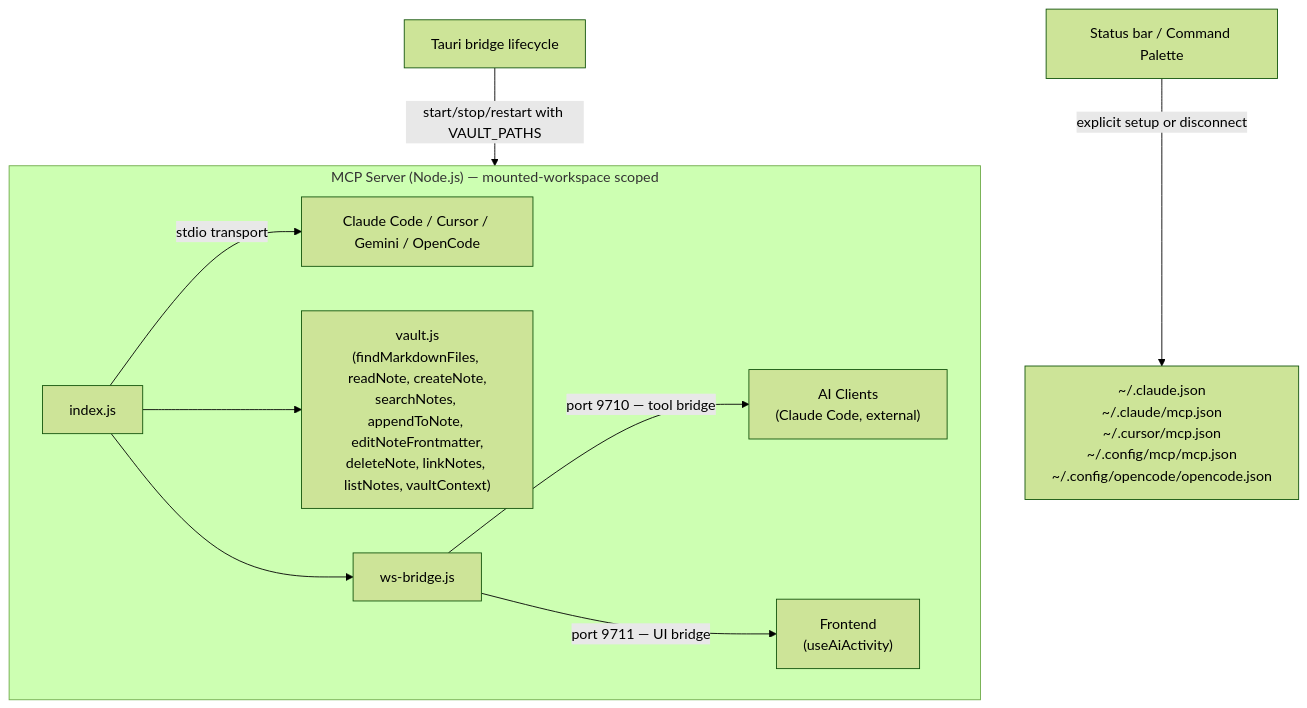
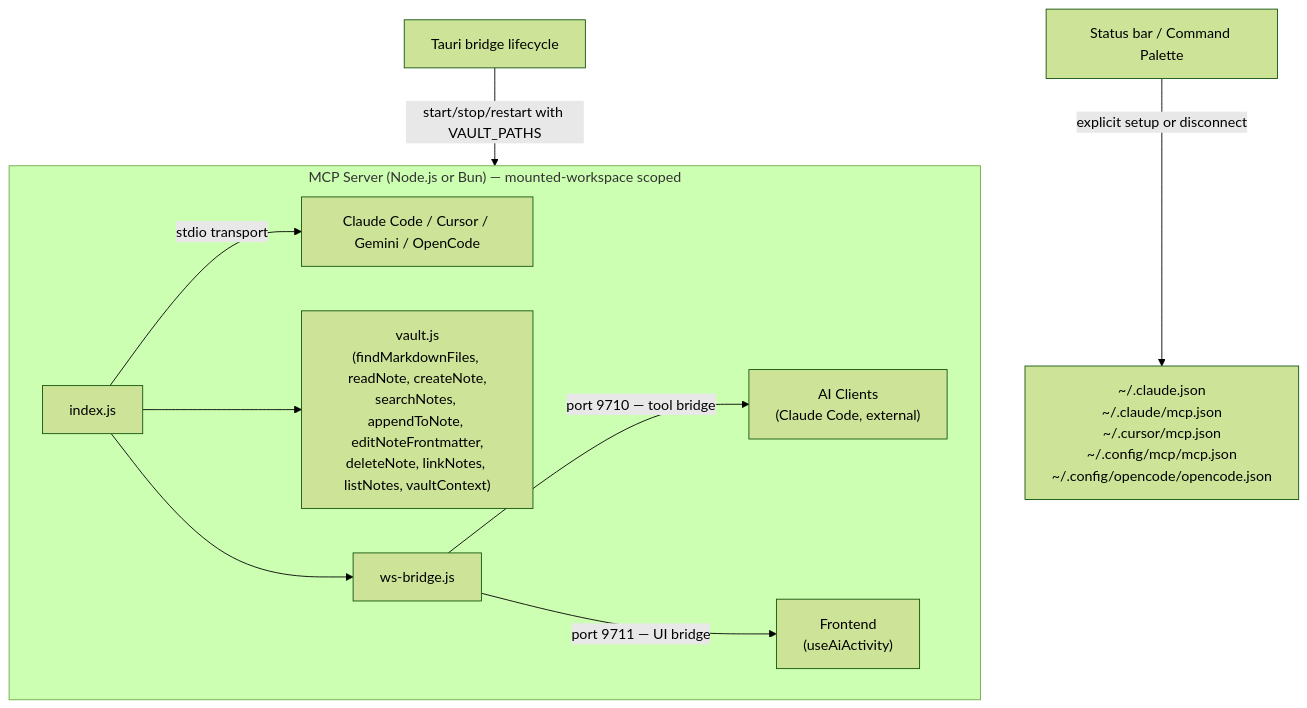
The fourth of 10 diagrams in docs/ARCHITECTURE.md (aimeritething/Fuwa), drawn with Mermaid (forest theme) before and after one commit. The commit also changed other lines of this file and 2 other files, not shown here.

First line of the commit message:
docs: note Bun runtime alongside Node for MCP server

````diff
--- a/docs/ARCHITECTURE.md
+++ b/docs/ARCHITECTURE.md
@@ -386,17 +386,17 @@
 ```mermaid
 flowchart TD
-    subgraph MCP["MCP Server (Node.js) — mounted-workspace scoped"]
+    subgraph MCP["MCP Server (Node.js or Bun) — mounted-workspace scoped"]
         IDX["index.js"]
         VAULT["vault.js\n(findMarkdownFiles, readNote, createNote,\nsearchNotes, appendToNote, editNoteFrontmatter,\ndeleteNote, linkNotes, listNotes, vaultContext)"]
         WSB["ws-bridge.js"]
 
         IDX -->|"stdio transport"| STDIO["Claude Code / Cursor / Gemini / OpenCode"]
         IDX --> VAULT
         IDX --> WSB
         WSB -->|"port 9710 — tool bridge"| AI["AI Clients\n(Claude Code, external)"]
         WSB -->|"port 9711 — UI bridge"| FE["Frontend\n(useAiActivity)"]
     end
 
     TAURI["Tauri bridge lifecycle"] -->|"start/stop/restart with VAULT_PATHS"| MCP
     UI["Status bar / Command Palette"] -->|"explicit setup or disconnect"| CFG["~/.claude.json\n~/.claude/mcp.json\n~/.cursor/mcp.json\n~/.config/mcp/mcp.json\n~/.config/opencode/opencode.json"]
 ```
````
